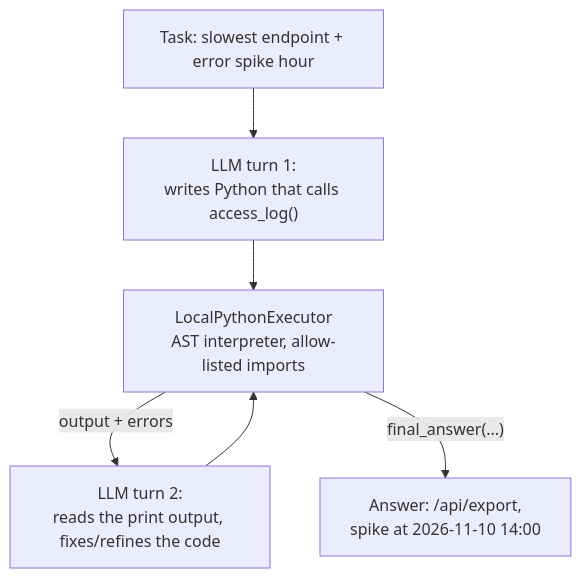
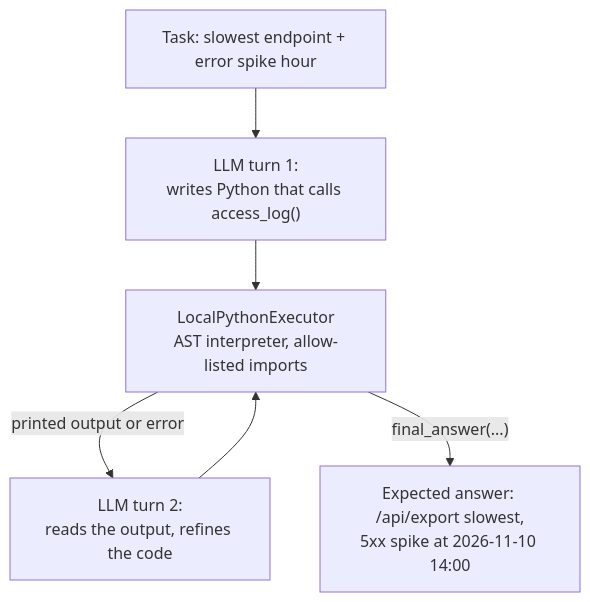
Before and after one commit to javaAndScriptDeveloper/codeWithKyryl: the diagram in _articles/smolagents-code-agents.md, drawn with Mermaid. The commit also changed other lines of this file and 41 other files, not shown here.

````diff
--- a/_articles/smolagents-code-agents.md
+++ b/_articles/smolagents-code-agents.md
@@ -69,8 +74,8 @@
 ```mermaid
 flowchart TD
     Q["Task: slowest endpoint + error spike hour"] --> L1["LLM turn 1:<br/>writes Python that calls access_log()"]
     L1 --> E["LocalPythonExecutor<br/>AST interpreter, allow-listed imports"]
-    E -- "output + errors" --> L2["LLM turn 2:<br/>reads the print output, fixes/refines the code"]
+    E -- "printed output or error" --> L2["LLM turn 2:<br/>reads the output, refines the code"]
     L2 --> E
-    E -- "final_answer(...)" --> A["Answer: /api/export,<br/>spike at 2026-11-10 14:00"]
+    E -- "final_answer(...)" --> A["Expected answer: /api/export slowest,<br/>5xx spike at 2026-11-10 14:00"]
 ```
````
